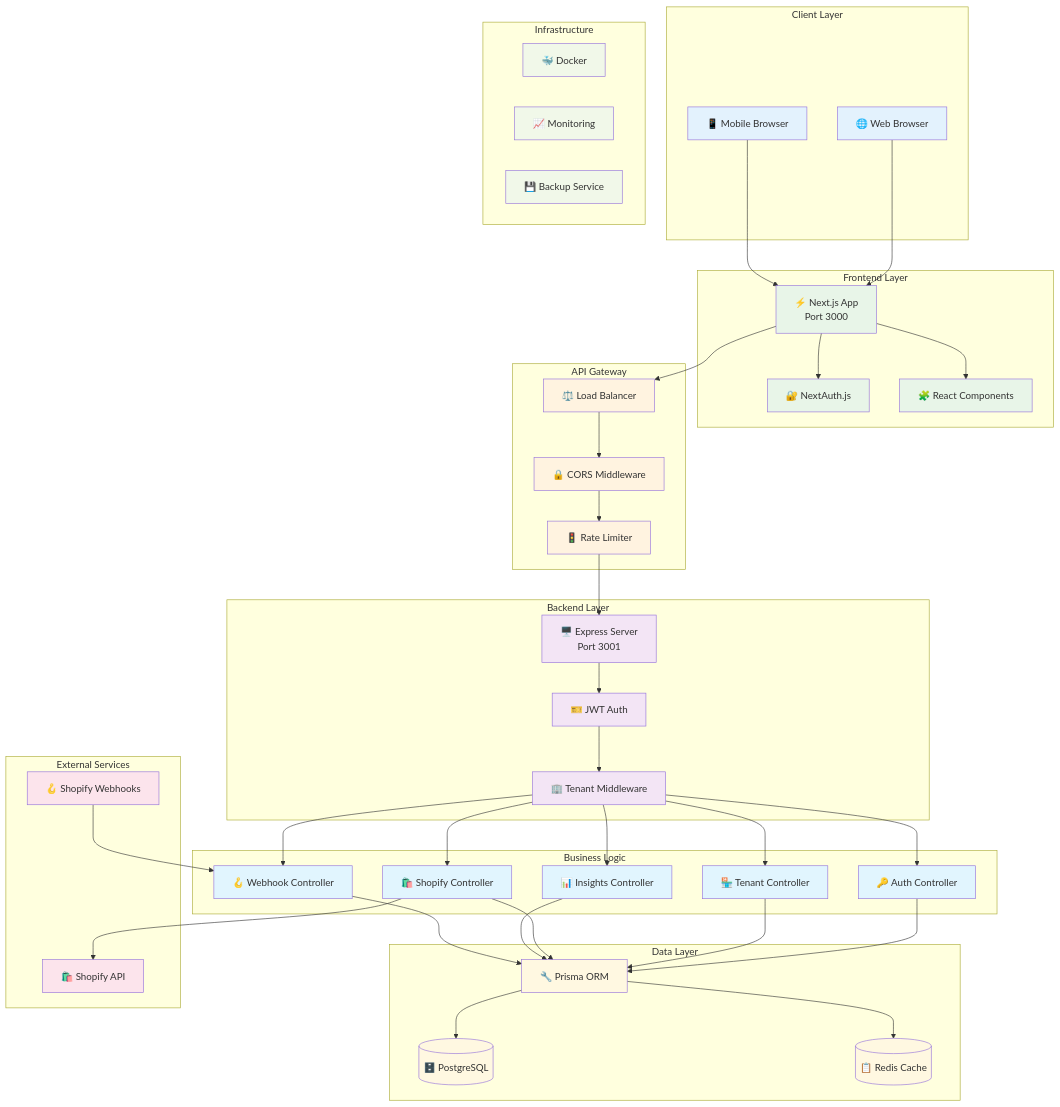
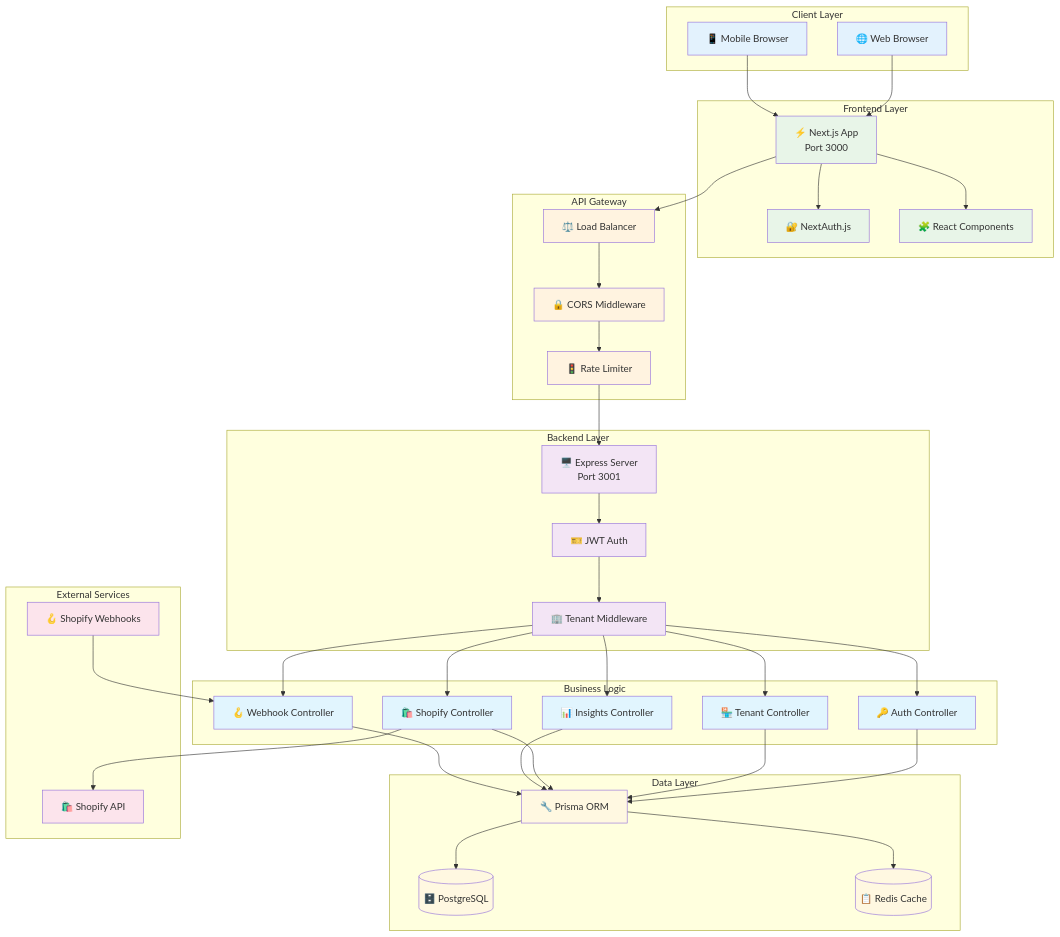
The first of 3 diagrams in README.md (souvik03-136/xeno-fde-task), drawn with Mermaid before and after one commit. The commit also changed other lines of this file, not shown here.

````diff
--- a/README.md
+++ b/README.md
@@ -71,12 +83,6 @@
         WEBHOOK_SVC[🪝 Shopify Webhooks]
     end
     
-    subgraph "Infrastructure"
-        DOCKER[🐳 Docker]
-        MONITORING[📈 Monitoring]
-        BACKUP[💾 Backup Service]
-    end
-    
     WEB --> NEXT
     MOB --> NEXT
     NEXT --> AUTH
@@ -115,7 +121,6 @@
     classDef business fill:#e1f5fe
     classDef data fill:#fff8e1
     classDef external fill:#fce4ec
-    classDef infra fill:#f1f8e9
     
     class WEB,MOB client
     class NEXT,AUTH,COMP frontend
@@ -124,5 +129,4 @@
     class AUTH_CTRL,TENANT_CTRL,SHOPIFY_CTRL,INSIGHTS_CTRL,WEBHOOK_CTRL business
     class PRISMA,POSTGRES,REDIS data
     class SHOPIFY_API,WEBHOOK_SVC external
-    class DOCKER,MONITORING,BACKUP infra
 ```
````
